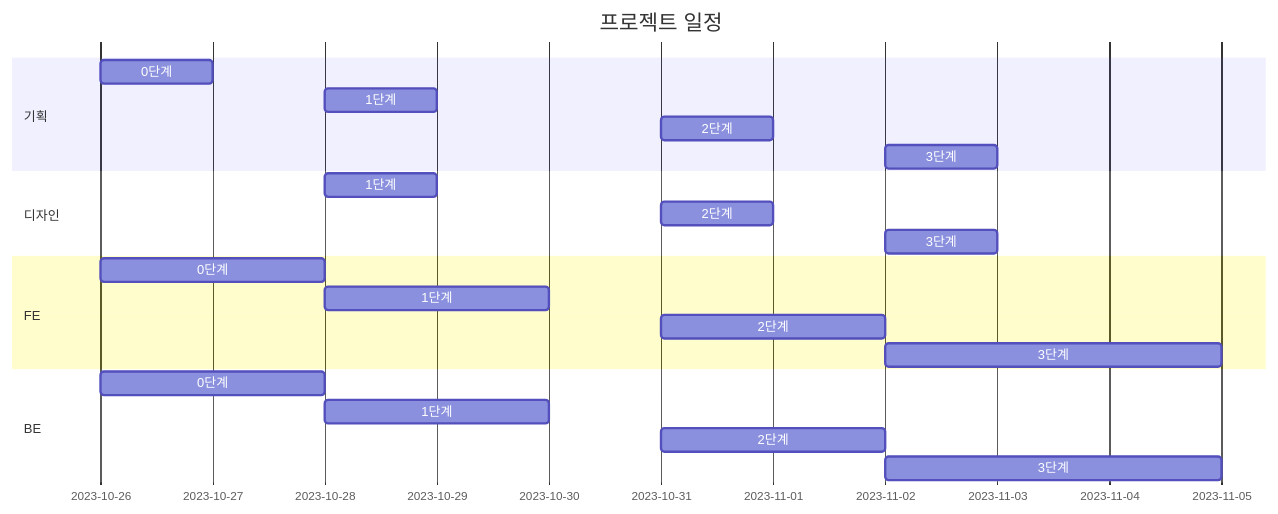
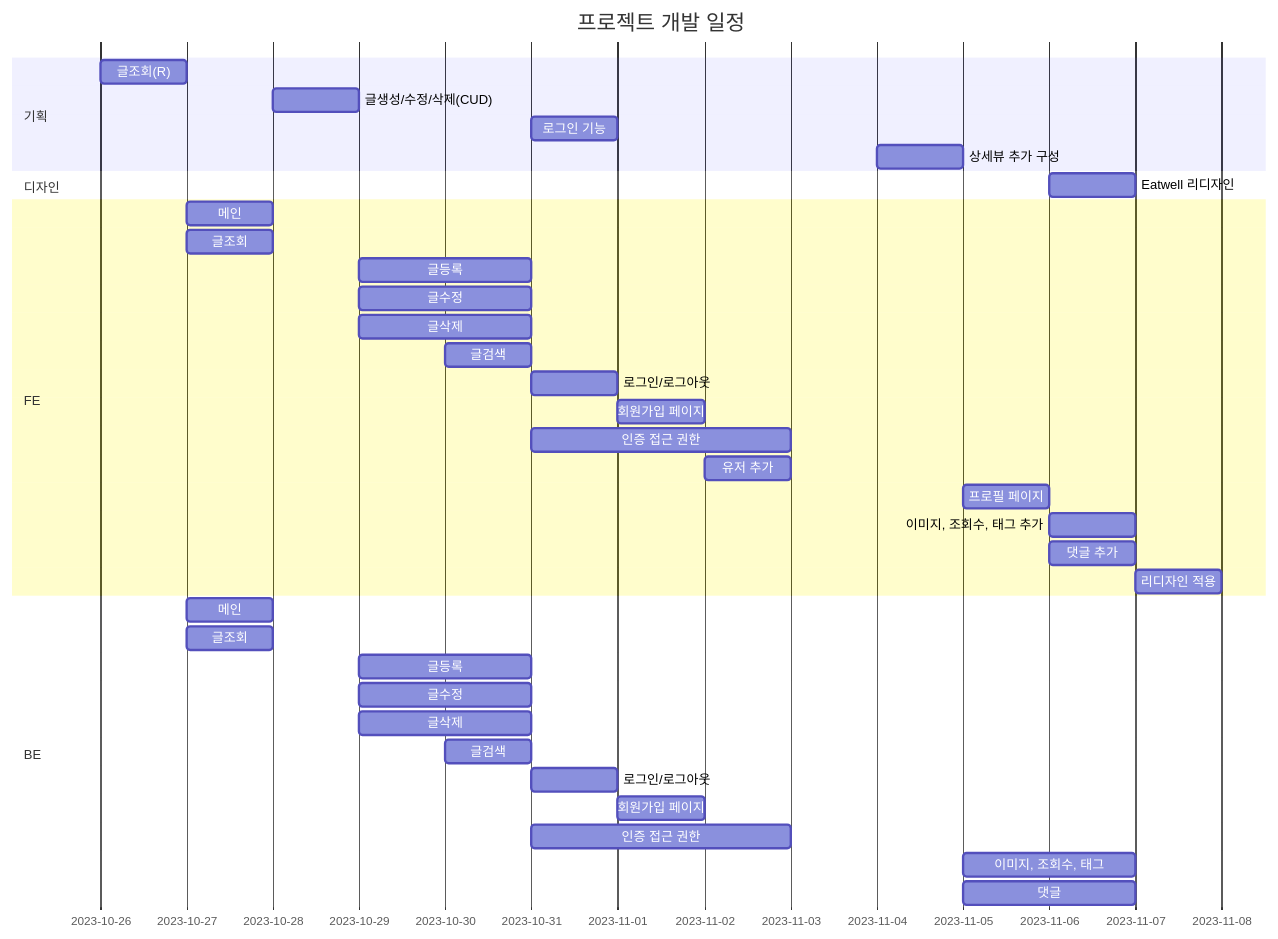
Before and after one commit to nayeongdev/EatWell: the diagram in README.md, drawn with Mermaid. The commit also changed other lines of this file and 14 other files, not shown here.

````diff
--- a/README.md
+++ b/README.md
@@ -3,24 +97,39 @@
 ```mermaid
 gantt
-    title 프로젝트 일정
+    title 프로젝트 개발 일정
     dateFormat YY-MM-DD
     section 기획
-        0단계    :2023-10-26, 1d
-        1단계    :2023-10-28, 1d
-        2단계    :2023-10-31, 1d
-        3단계    :2023-11-2, 1d
+        글조회(R) :2023-10-26, 1d
+        글생성/수정/삭제(CUD) :2023-10-28, 1d
+        로그인 기능 :2023-10-31, 1d
+        상세뷰 추가 구성 :2023-11-4, 1d
     section 디자인
-        1단계    :2023-10-28, 1d
-        2단계    :2023-10-31, 1d
-        3단계    :2023-11-2, 1d
+        Eatwell 리디자인 :2023-11-6, 1d
     section FE
-        0단계    :2023-10-26, 2d
-        1단계    :2023-10-28, 2d
-        2단계    :2023-10-31, 2d
-        3단계    :2023-11-2, 3d
+        메인    :2023-10-27, 1d
+        글조회    :2023-10-27, 1d
+        글등록    :2023-10-29, 2d
+        글수정    :2023-10-29, 2d
+        글삭제    :2023-10-29, 2d
+        글검색    :2023-10-30, 1d
+        로그인/로그아웃 :2023-10-31, 1d
+        회원가입 페이지 :2023-11-1, 1d
+        인증 접근 권한 :2023-10-31, 3d
+        유저 추가 :2023-11-2, 1d
+        프로필 페이지 :2023-11-5, 1d
+        이미지, 조회수, 태그 추가 :2023-11-6, 1d
+        댓글 추가 :2023-11-6, 1d
+        리디자인 적용 :2023-11-7, 1d
     section BE
-        0단계    :2023-10-26, 2d
-        1단계    :2023-10-28, 2d
-        2단계    :2023-10-31, 2d
-        3단계    :2023-11-2, 3d
+        메인    :2023-10-27, 1d
+        글조회    :2023-10-27, 1d
+        글등록    :2023-10-29, 2d
+        글수정    :2023-10-29, 2d
+        글삭제    :2023-10-29, 2d
+        글검색    :2023-10-30, 1d
+        로그인/로그아웃 :2023-10-31, 1d
+        회원가입 페이지 :2023-11-1, 1d
+        인증 접근 권한 :2023-10-31, 3d
+        이미지, 조회수, 태그 :2023-11-5, 2d
+        댓글 :2023-11-5, 2d
 ```
````
